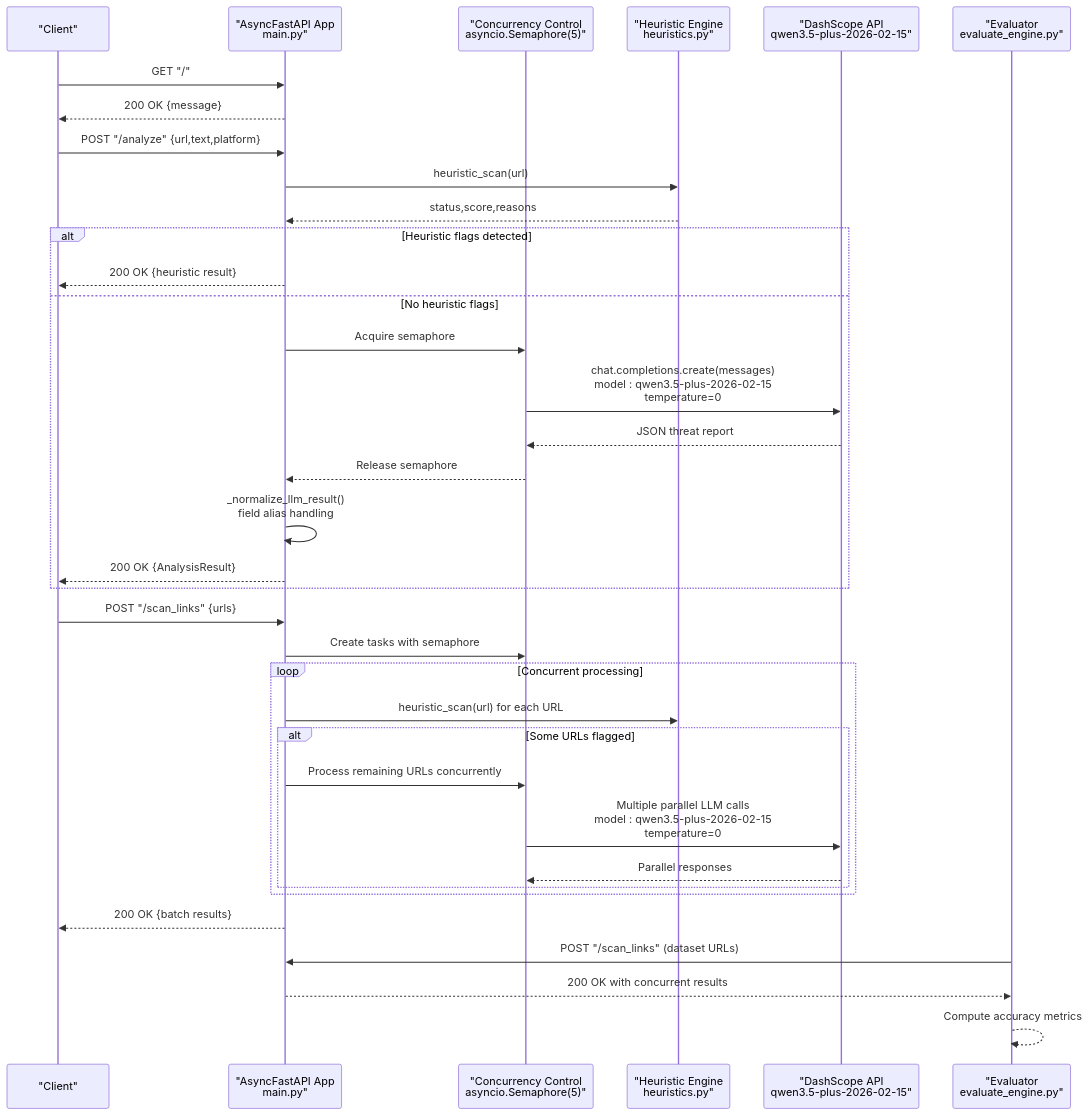
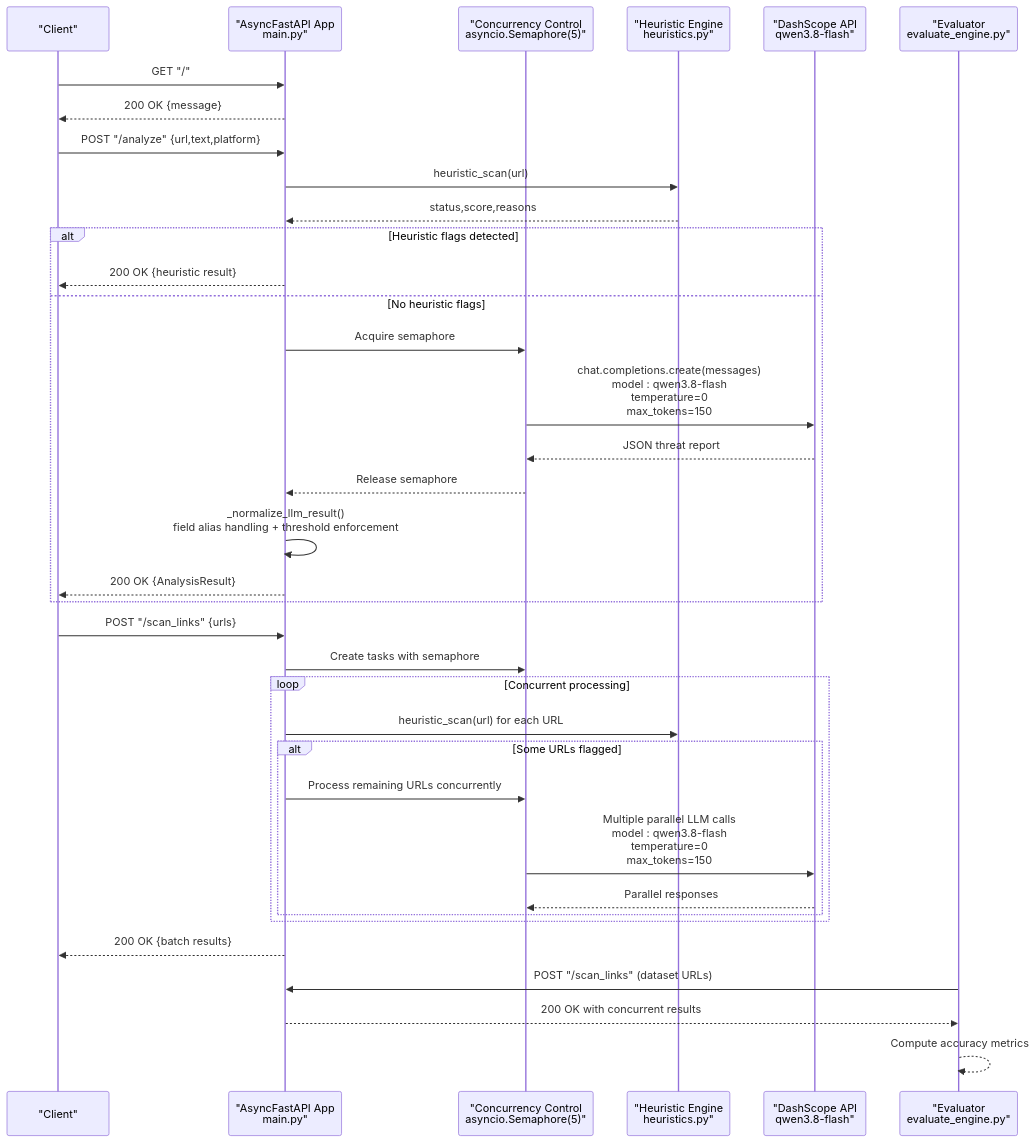
One commit to Aymanaahh/scrollguard-ai changed the second of 5 diagrams in .qoder/repowiki/en/content/Backend API Documentation.md. Above: the diagram before and after it, drawn with Mermaid. The commit also changed other lines of this file and 6 other files, not shown here.

````diff
--- a/.qoder/repowiki/en/content/Backend API Documentation.md
+++ b/.qoder/repowiki/en/content/Backend API Documentation.md
@@ -132,38 +138,38 @@
 ```mermaid
 sequenceDiagram
 participant Client as "Client"
 participant FastAPI as "AsyncFastAPI App<br/>main.py"
 participant Semaphore as "Concurrency Control<br/>asyncio.Semaphore(5)"
 participant Heuristics as "Heuristic Engine<br/>heuristics.py"
-participant LLM as "DashScope API<br/>qwen3.5-plus-2026-02-15"
+participant LLM as "DashScope API<br/>qwen3.8-flash"
 participant Eval as "Evaluator<br/>evaluate_engine.py"
 Client->>FastAPI : GET "/"
 FastAPI-->>Client : 200 OK {message}
 Client->>FastAPI : POST "/analyze" {url,text,platform}
 FastAPI->>Heuristics : heuristic_scan(url)
 Heuristics-->>FastAPI : status,score,reasons
 alt Heuristic flags detected
 FastAPI-->>Client : 200 OK {heuristic result}
 else No heuristic flags
 FastAPI->>Semaphore : Acquire semaphore
-Semaphore->>LLM : chat.completions.create(messages)<br/>model : qwen3.5-plus-2026-02-15<br/>temperature=0
+Semaphore->>LLM : chat.completions.create(messages)<br/>model : qwen3.8-flash<br/>temperature=0<br/>max_tokens=150
 LLM-->>Semaphore : JSON threat report
 Semaphore-->>FastAPI : Release semaphore
-FastAPI->>FastAPI : _normalize_llm_result()<br/>field alias handling
+FastAPI->>FastAPI : _normalize_llm_result()<br/>field alias handling + threshold enforcement
 FastAPI-->>Client : 200 OK {AnalysisResult}
 end
 Client->>FastAPI : POST "/scan_links" {urls}
 FastAPI->>Semaphore : Create tasks with semaphore
 loop Concurrent processing
 FastAPI->>Heuristics : heuristic_scan(url) for each URL
 alt Some URLs flagged
 FastAPI->>Semaphore : Process remaining URLs concurrently
-Semaphore->>LLM : Multiple parallel LLM calls<br/>model : qwen3.5-plus-2026-02-15<br/>temperature=0
+Semaphore->>LLM : Multiple parallel LLM calls<br/>model : qwen3.8-flash<br/>temperature=0<br/>max_tokens=150
 LLM-->>Semaphore : Parallel responses
 end
 end
 FastAPI-->>Client : 200 OK {batch results}
 Eval->>FastAPI : POST "/scan_links" (dataset URLs)
 FastAPI-->>Eval : 200 OK with concurrent results
 Eval-->>Eval : Compute accuracy metrics
 ```
````
